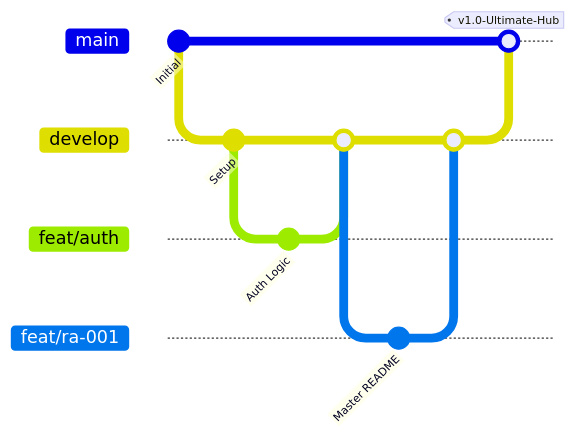
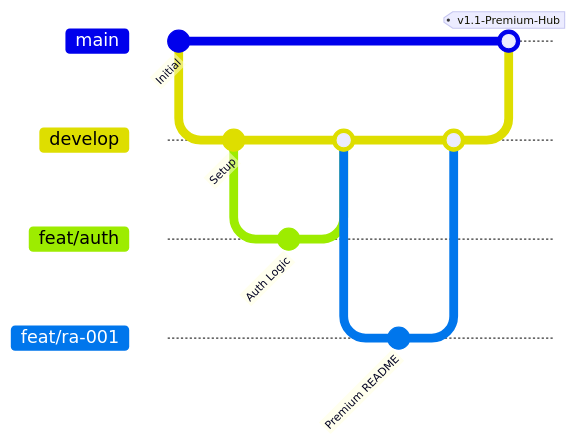
The tenth of 10 diagrams in README.md (Ab-aswini/Agent-kit-P1), drawn with Mermaid before and after one commit. The commit also changed other lines of this file, not shown here.

Commit message:
docs: premium README polishing with 10/10 aesthetics, high-impact alerts, and unified Mermaid themes

````diff
--- a/README.md
+++ b/README.md
@@ -349,16 +373,16 @@
 ```mermaid
 gitGraph
     commit id: "Initial"
     branch develop
     commit id: "Setup"
     branch feat/auth
     commit id: "Auth Logic"
     checkout develop
     merge feat/auth
     branch feat/ra-001
-    commit id: "Master README"
+    commit id: "Premium README"
     checkout develop
     merge feat/ra-001
     checkout main
-    merge develop tag: "v1.0-Ultimate-Hub"
+    merge develop tag: "v1.1-Premium-Hub"
 ```
````
